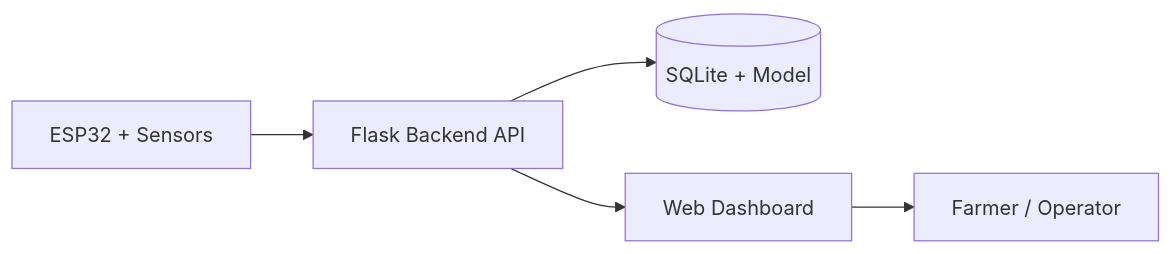
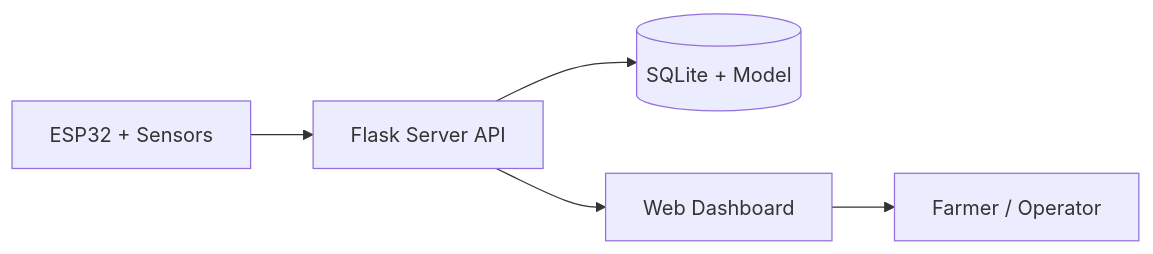
The diagram in README.md (abhibitasanya/Smartplant), drawn with Mermaid before and after one commit. The commit also changed other lines of this file and 22 other files, not shown here.

````diff
--- a/README.md
+++ b/README.md
@@ -42,7 +42,7 @@
 ```mermaid
 flowchart LR
-  ESP32[ESP32 + Sensors] --> API[Flask Backend API]
+  ESP32[ESP32 + Sensors] --> API[Flask Server API]
   API --> DB[(SQLite + Model)]
   API --> UI[Web Dashboard]
   UI --> Farmer[Farmer / Operator]
 ```
````
